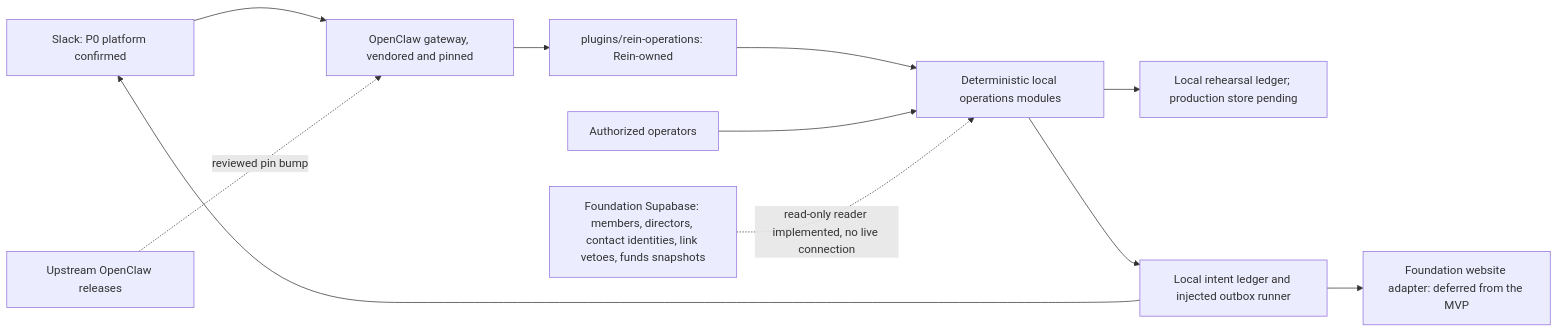
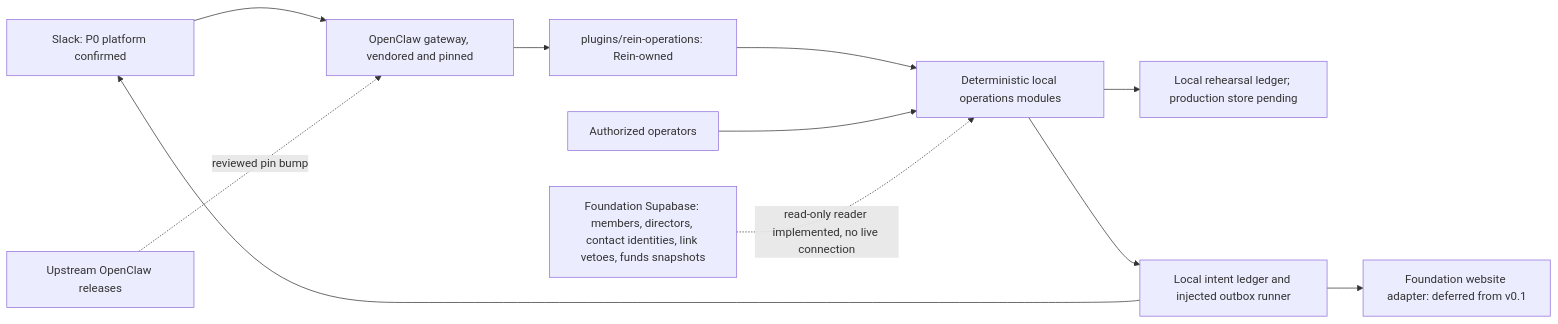
The first of 2 diagrams in docs/architecture.md (tempest2023/rein-agent), drawn with Mermaid before and after one commit. The commit also changed other lines of this file and 50 other files, not shown here.

````diff
--- a/docs/architecture.md
+++ b/docs/architecture.md
@@ -29,13 +29,13 @@
 ```mermaid
 flowchart LR
   Chat[Slack: P0 platform confirmed] --> Gateway[OpenClaw gateway, vendored and pinned]
   Gateway --> Plugin[plugins/rein-operations: Rein-owned]
   Plugin --> Domain[Deterministic local operations modules]
   Domain --> Records[Local rehearsal ledger; production store pending]
   Domain --> Outbox[Local intent ledger and injected outbox runner]
   Outbox --> Chat
-  Outbox --> Website[Foundation website adapter: deferred from the MVP]
+  Outbox --> Website[Foundation website adapter: deferred from v0.1]
   Admin[Authorized operators] --> Domain
   Upstream[Upstream OpenClaw releases] -. reviewed pin bump .-> Gateway
   Data[Foundation Supabase: members, directors, contact identities, link vetoes, funds snapshots] -. read-only reader implemented, no live connection .-> Domain
 ```
````
